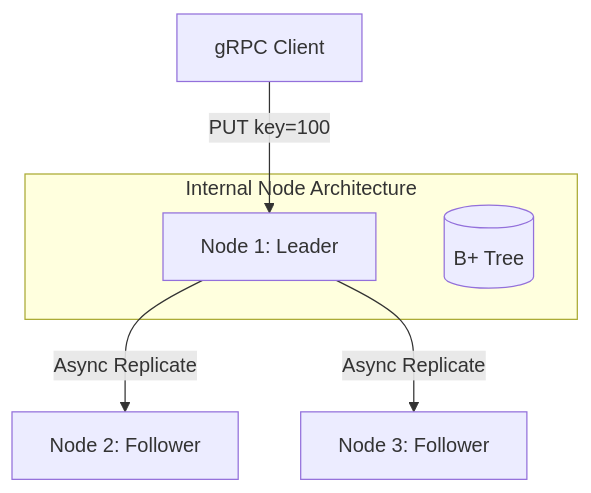
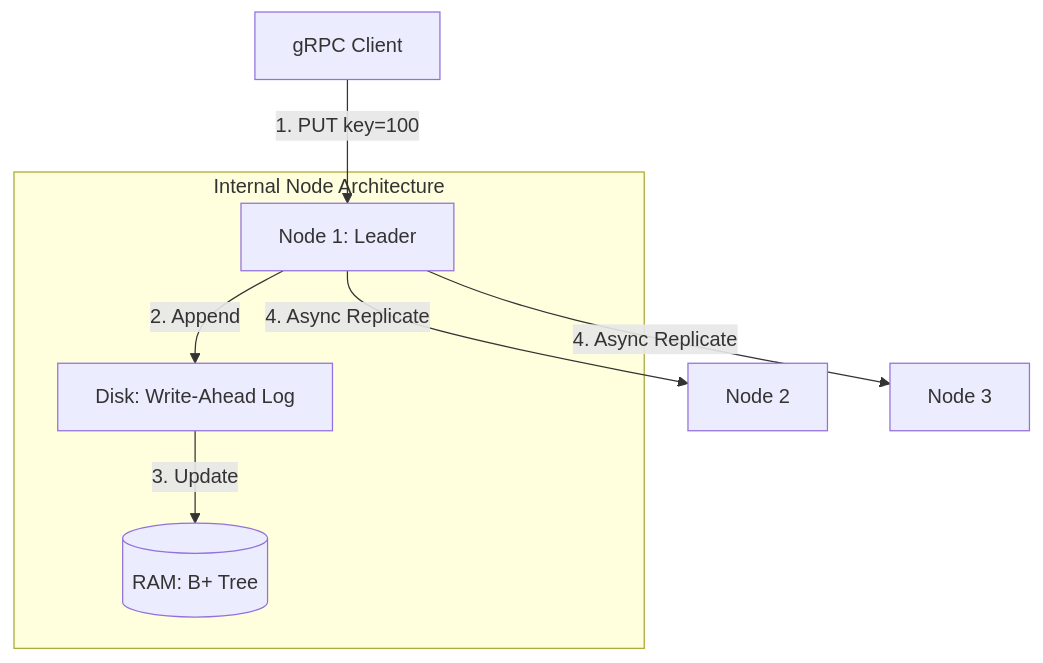
Before and after one commit to MChandrahas/Distributed-KV-Store: the diagram in README.md, drawn with Mermaid. The commit also changed other lines of this file and 7 other files, not shown here.

`````diff
--- a/README.md
+++ b/README.md
@@ -22,11 +22,12 @@
 ```mermaid
 graph TD
-    Client[gRPC Client] -->|PUT key=100| Leader[Node 1: Leader]
-    Leader -->|Async Replicate| Follower1[Node 2: Follower]
-    Leader -->|Async Replicate| Follower2[Node 3: Follower]
+    Client[gRPC Client] -->|1. PUT key=100| Leader[Node 1: Leader]
+    
+    subgraph "Internal Node Architecture"
+        Leader -->|2. Append| WAL[Disk: Write-Ahead Log]
+        WAL -->|3. Update| Index[(RAM: B+ Tree)]
+    end
 
-    subgraph "Internal Node Architecture"
-        Leader
-        Index[(B+ Tree)]
-    end
-````
+    Leader -->|4. Async Replicate| Follower1[Node 2]
+    Leader -->|4. Async Replicate| Follower2[Node 3]
+```
`````
